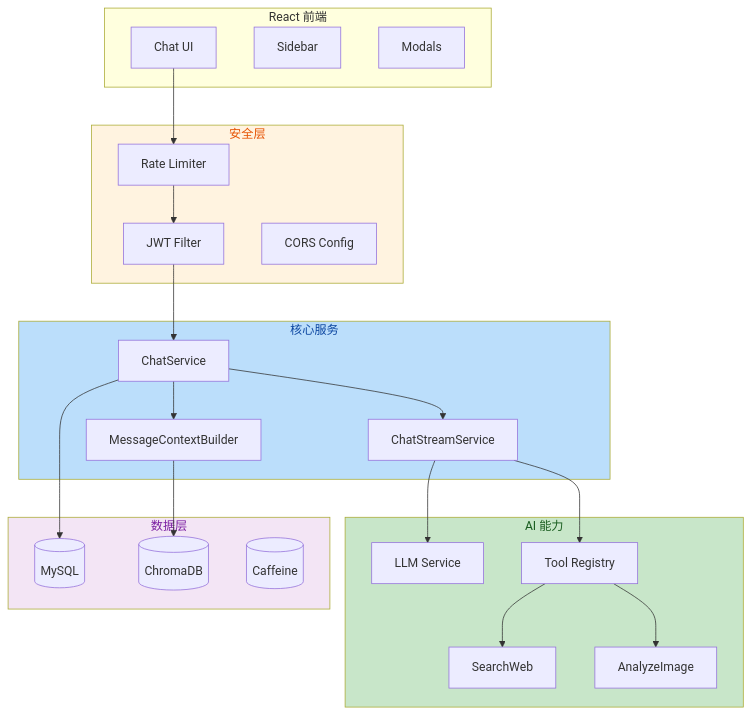
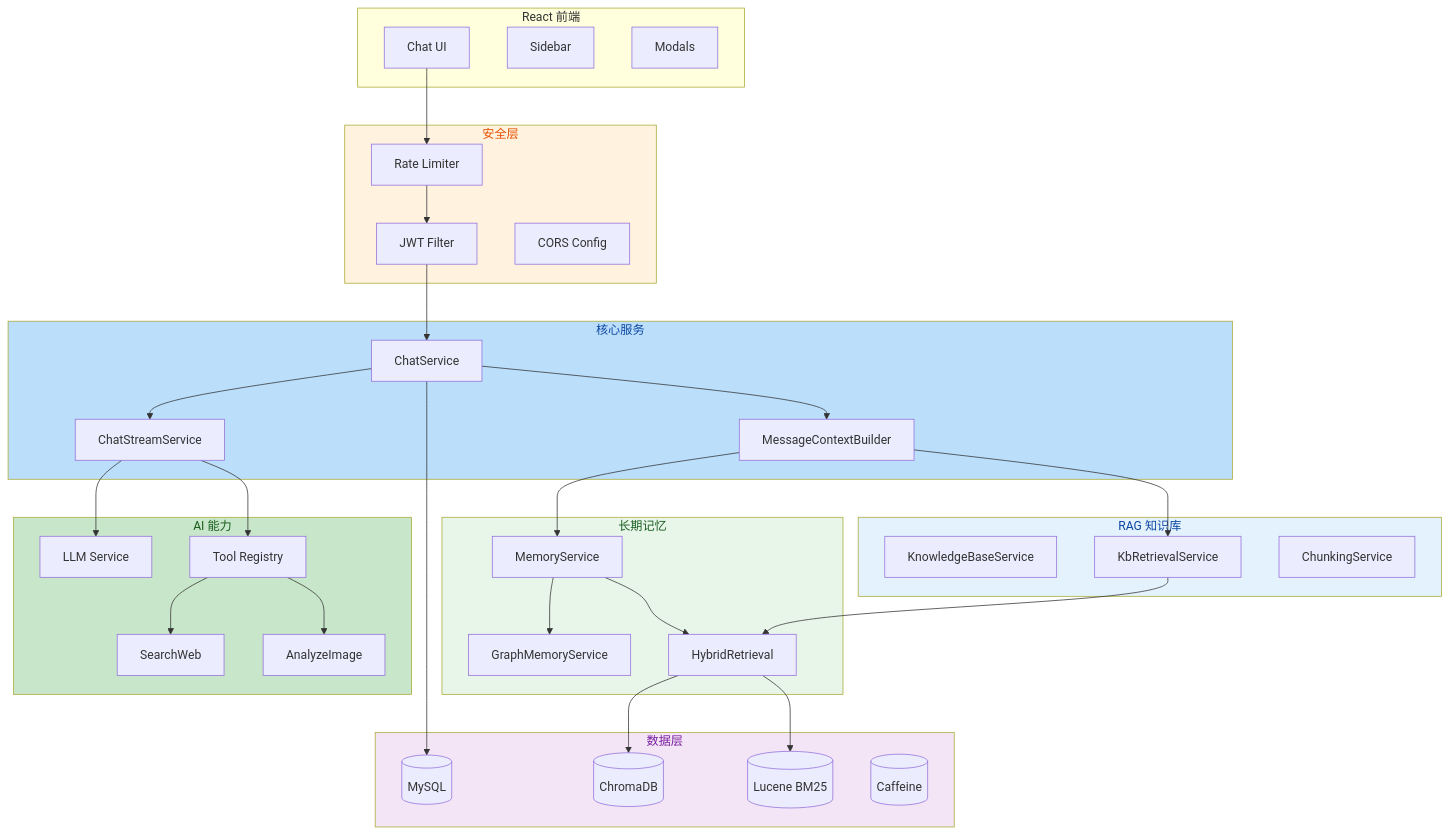
One commit to kleetor/AiChat changed the second of 2 diagrams in README.md. Above: the diagram before and after it, drawn with Mermaid. The commit also changed other lines of this file and 1 other file, not shown here.

````diff
--- a/README.md
+++ b/README.md
@@ -311,49 +361,70 @@
 ```mermaid
 flowchart TB
     subgraph Frontend["React 前端"]
         FE[Chat UI]
         SS[Sidebar]
         MD[Modals]
     end
 
     subgraph Security["安全层"]
         RL[Rate Limiter]
         JWT[JWT Filter]
         CORS[CORS Config]
     end
 
     subgraph Core["核心服务"]
         CS[ChatService]
         CSS[ChatStreamService]
         MCB[MessageContextBuilder]
     end
 
+    subgraph Memory["长期记忆"]
+        MS[MemoryService]
+        GM[GraphMemoryService]
+        HR[HybridRetrieval]
+    end
+
+    subgraph KB["RAG 知识库"]
+        KBS[KnowledgeBaseService]
+        KBR[KbRetrievalService]
+        CHK[ChunkingService]
+    end
+
     subgraph AILayer["AI 能力"]
         LLM[LLM Service]
         TR[Tool Registry]
         SW[SearchWeb]
         Img[AnalyzeImage]
     end
 
     subgraph DataLayer["数据层"]
         DB[(MySQL)]
         CDB[(ChromaDB)]
+        LUC[(Lucene BM25)]
         Cache[(Caffeine)]
     end
 
     FE --> RL --> JWT
     JWT --> CS
     CS --> MCB
     CS --> CSS
     CSS --> LLM
     CSS --> TR
     TR --> SW
     TR --> Img
-    MCB --> CDB
+    MCB --> MS
+    MCB --> KBR
+    MS --> GM
+    MS --> HR
+    KBR --> HR
+    HR --> CDB
+    HR --> LUC
     CS --> DB
 
     style Security fill:#fff3e0,color:#e65100
     style Core fill:#bbdefb,color:#0d47a1
+    style Memory fill:#e8f5e9,color:#1b5e20
+    style KB fill:#e3f2fd,color:#0d47a1
     style AILayer fill:#c8e6c9,color:#1a5e20
     style DataLayer fill:#f3e5f5,color:#7b1fa2
 ```
````
